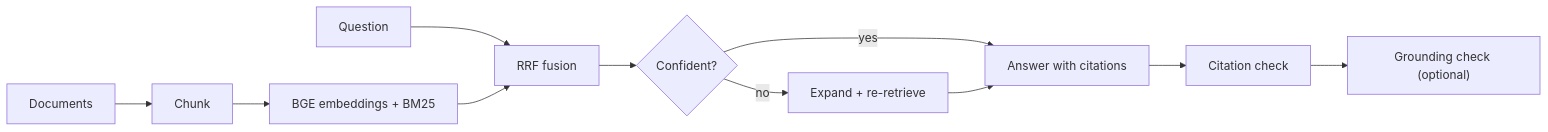
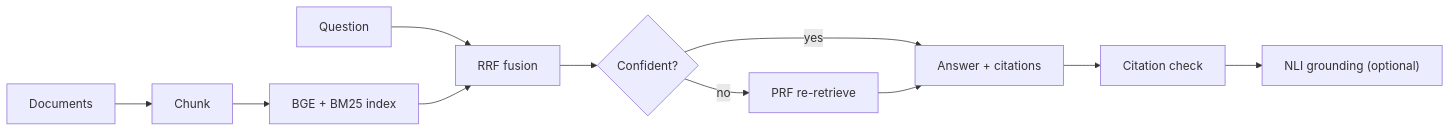
Before and after one commit to urme-b/NexusRAG: the second of 2 diagrams in README.md, drawn with Mermaid. The commit also changed other lines of this file, not shown here.

````diff
--- a/README.md
+++ b/README.md
@@ -52,10 +65,10 @@
 ```mermaid
 flowchart LR
-    D[Documents] --> C[Chunk] --> E[BGE embeddings + BM25]
+    D[Documents] --> C[Chunk] --> E[BGE + BM25 index]
     Q[Question] --> R[RRF fusion]
     E --> R
     R --> G{Confident?}
-    G -- yes --> S[Answer with citations]
-    G -- no --> P[Expand + re-retrieve] --> S
-    S --> CC[Citation check] --> V["Grounding check (optional)"]
+    G -- yes --> S[Answer + citations]
+    G -- no --> P[PRF re-retrieve] --> S
+    S --> CC[Citation check] --> V["NLI grounding (optional)"]
 ```
````
